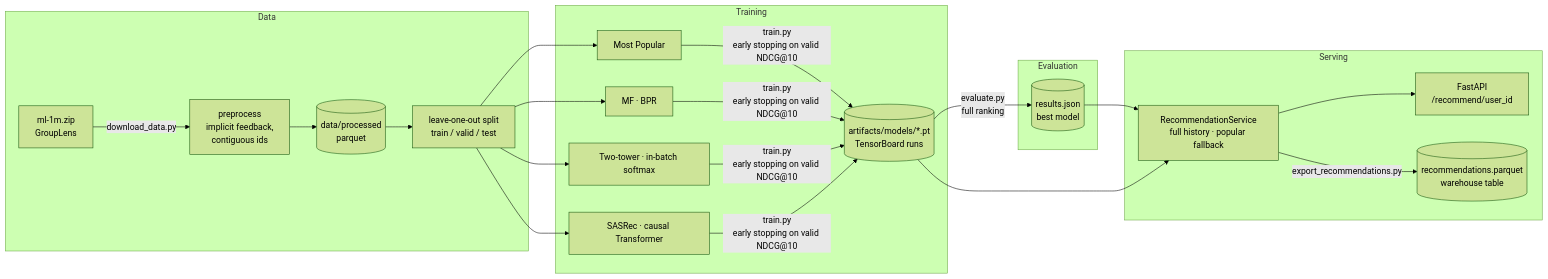
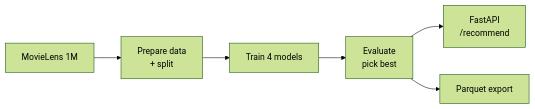
One commit to Rimmer-23/movie-recommender changed the diagram in README.md. Above: the diagram before and after it, drawn with Mermaid (forest theme). The commit also changed other lines of this file, not shown here.

````diff
--- a/README.md
+++ b/README.md
@@ -78,24 +76,8 @@
 ```mermaid
 flowchart LR
-    subgraph Data
-        A[ml-1m.zip<br/>GroupLens] -->|download_data.py| B[preprocess<br/>implicit feedback,<br/>contiguous ids]
-        B --> C[(data/processed<br/>parquet)]
-        C --> D[leave-one-out split<br/>train / valid / test]
-    end
-    subgraph Training
-        D --> E[Most Popular]
-        D --> F[MF · BPR]
-        D --> G[Two-tower · in-batch softmax]
-        D --> H[SASRec · causal Transformer]
-        E & F & G & H -->|train.py<br/>early stopping on valid NDCG@10| I[(artifacts/models/*.pt<br/>TensorBoard runs)]
-    end
-    subgraph Evaluation
-        I -->|evaluate.py<br/>full ranking| J[(results.json<br/>best model)]
-    end
-    subgraph Serving
-        J --> K[RecommendationService<br/>full history · popular fallback]
-        I --> K
-        K --> L[FastAPI<br/>/recommend/user_id]
-        K -->|export_recommendations.py| M[(recommendations.parquet<br/>warehouse table)]
-    end
+    A[MovieLens 1M] --> B[Prepare data<br/>+ split]
+    B --> C[Train 4 models]
+    C --> D[Evaluate<br/>pick best]
+    D --> E[FastAPI<br/>/recommend]
+    D --> F[Parquet export]
 ```
````
